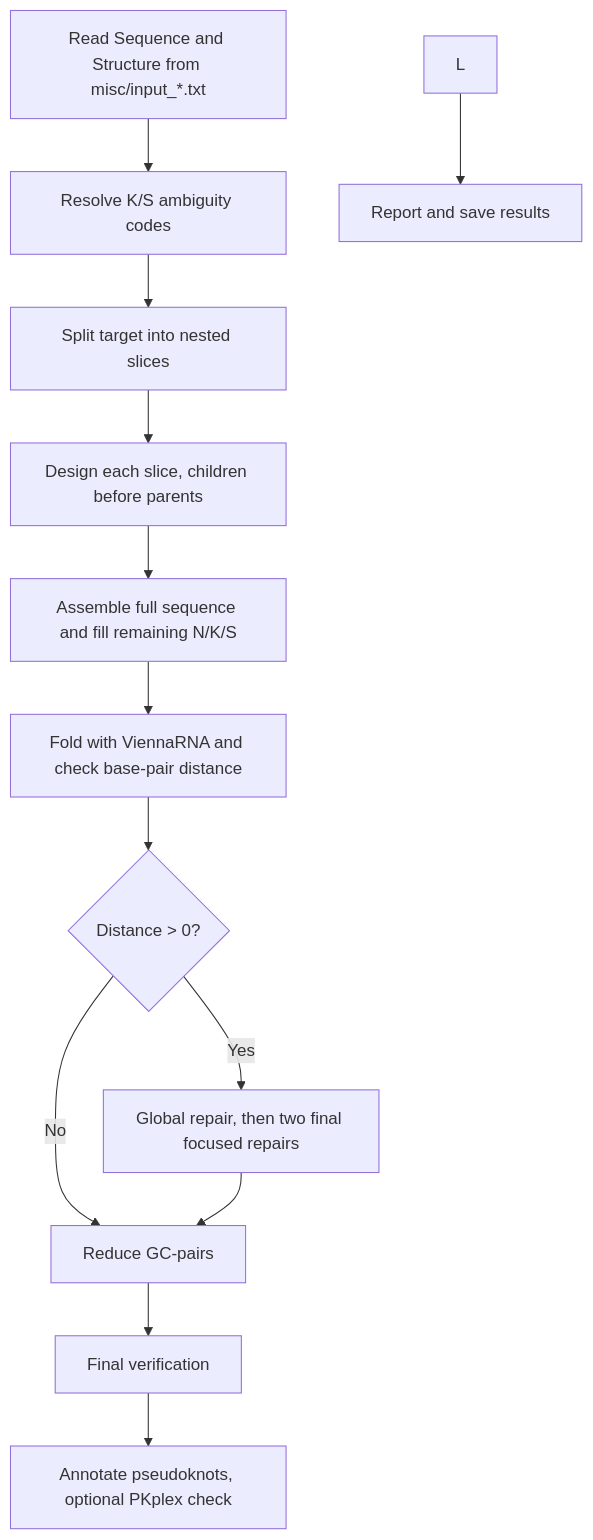
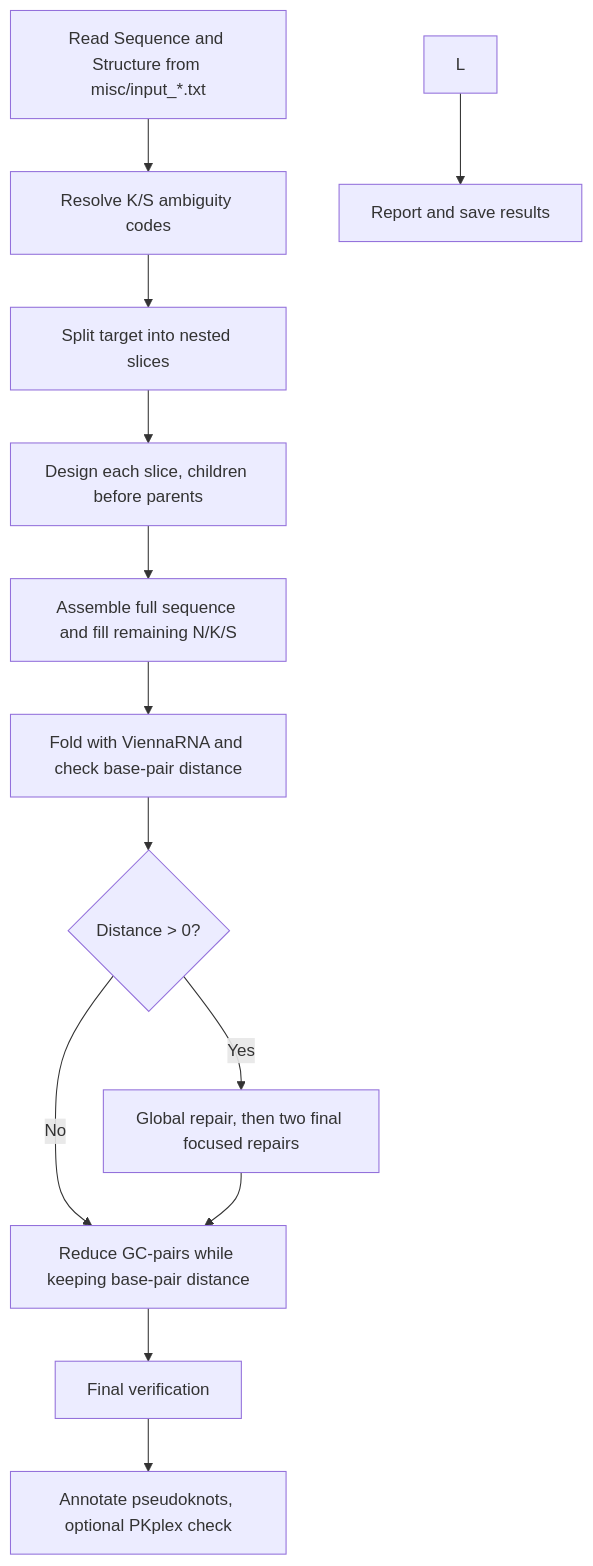
Before and after one commit to HenrikMengkrogen/Ribologic_iGEM_BACKUP: the first of 3 diagrams in README.md, drawn with Mermaid. The commit also changed other lines of this file, not shown here.

````diff
--- a/README.md
+++ b/README.md
@@ -36,15 +36,15 @@
 ```mermaid
 flowchart TD
     A[Read Sequence and Structure from misc/input_*.txt] --> B[Resolve K/S ambiguity codes]
     B --> C[Split target into nested slices]
     C --> D[Design each slice, children before parents]
     D --> E[Assemble full sequence and fill remaining N/K/S]
     E --> F[Fold with ViennaRNA and check base-pair distance]
     F --> G{Distance > 0?}
     G -- Yes --> H[Global repair, then two final focused repairs]
-    G -- No --> I[Reduce GC-pairs]
+    G -- No --> I[Reduce GC-pairs while keeping base-pair distance]
     H --> I
     I --> J[Final verification]
     J --> K[Annotate pseudoknots, optional PKplex check]
     L --> M[Report and save results]
 ```
````
